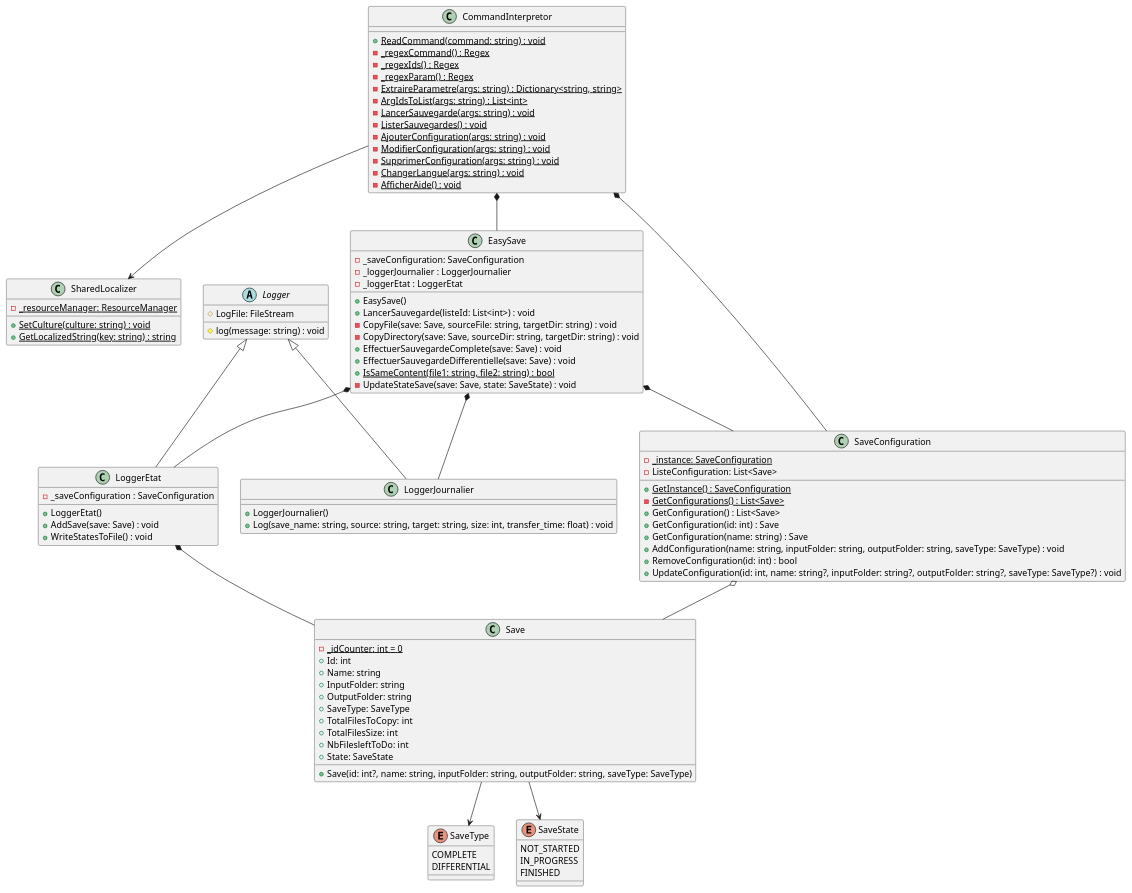
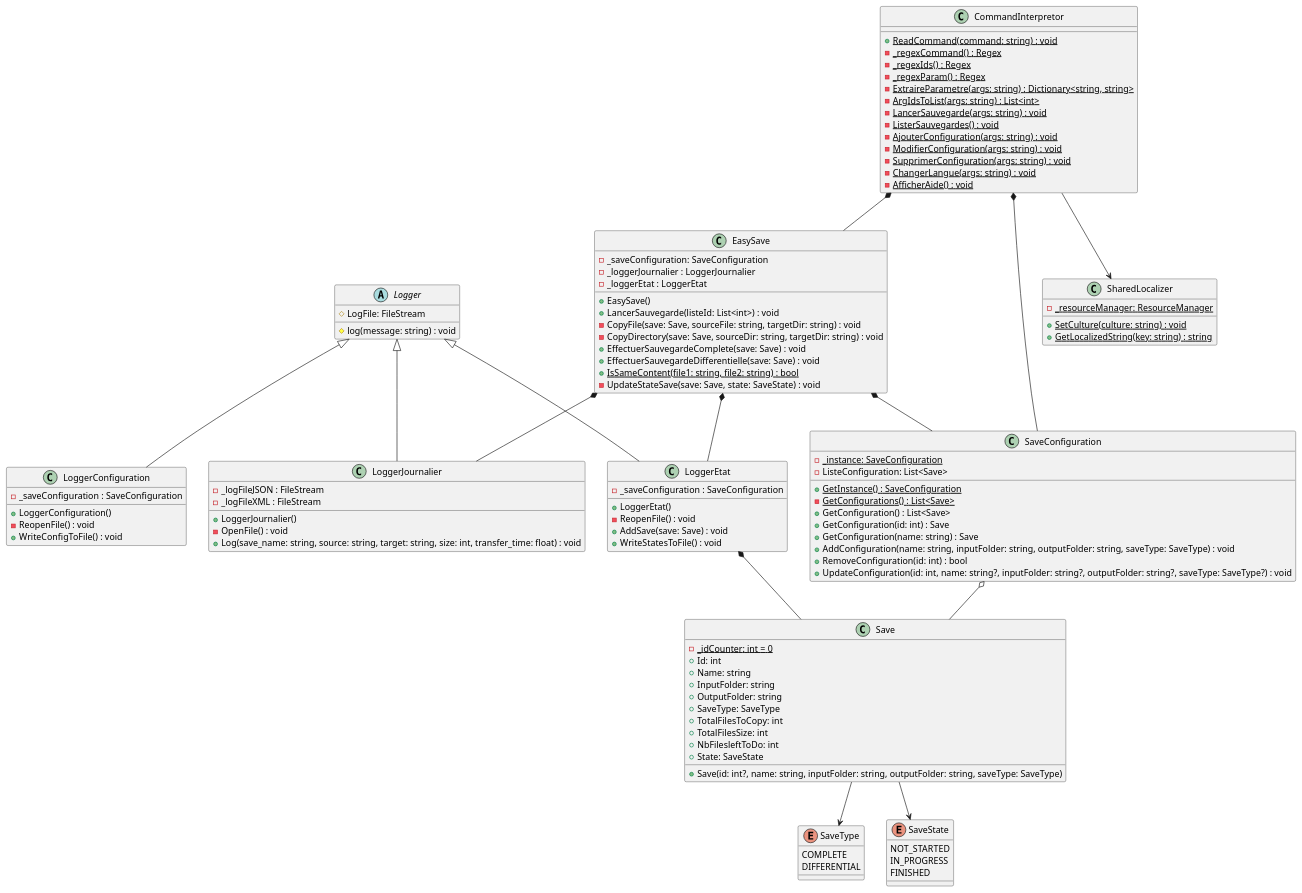
One commit to Melvin-Menanteau/EasySave changed the diagram in UML/ClassDiagram.plantuml. Above: the diagram before and after it, drawn with PlantUML. The commit also changed 4 other files, not shown here.

Commit message:
feat (Logger): Enregistrement des logs au format JSON et XML

```diff
--- a/UML/ClassDiagram.plantuml
+++ b/UML/ClassDiagram.plantuml
@@ -1,105 +1,117 @@
 @startuml Diagramme de classe
 abstract class Logger {
     #LogFile: FileStream
     #log(message: string) : void
 }
 
 Logger <|-- LoggerJournalier
 class LoggerJournalier {
+	-_logFileJSON : FileStream
+	-_logFileXML : FileStream
     +LoggerJournalier()
+	-OpenFile() : void
     +Log(save_name: string, source: string, target: string, size: int, transfer_time: float) : void
 }
 
 Logger <|-- LoggerEtat
 LoggerEtat *-- Save
 class LoggerEtat {
     -_saveConfiguration : SaveConfiguration
     +LoggerEtat()
+	-ReopenFile() : void
     +AddSave(save: Save) : void
     +WriteStatesToFile() : void
+}
+
+Logger <|-- LoggerConfiguration 
+class LoggerConfiguration {
+	-_saveConfiguration : SaveConfiguration
+	+LoggerConfiguration()
+	-ReopenFile() : void
+	+WriteConfigToFile() : void
 }
 
 EasySave *-- SaveConfiguration
 EasySave *-- LoggerJournalier
 EasySave *-- LoggerEtat
 class EasySave {
     -_saveConfiguration: SaveConfiguration
 	-_loggerJournalier : LoggerJournalier
 	-_loggerEtat : LoggerEtat
     +EasySave()
     +LancerSauvegarde(listeId: List<int>) : void
 	-CopyFile(save: Save, sourceFile: string, targetDir: string) : void
     -CopyDirectory(save: Save, sourceDir: string, targetDir: string) : void
     +EffectuerSauvegardeComplete(save: Save) : void
     +EffectuerSauvegardeDifferentielle(save: Save) : void
     {static}+IsSameContent(file1: string, file2: string) : bool
 	-UpdateStateSave(save: Save, state: SaveState) : void
 }
 
 SaveConfiguration o-- Save
 class SaveConfiguration {
 	{static}-_instance: SaveConfiguration
 	-ListeConfiguration: List<Save>
 	{static}+GetInstance() : SaveConfiguration
 	{static}-GetConfigurations() : List<Save>
 	+GetConfiguration() : List<Save>
 	+GetConfiguration(id: int) : Save
 	+GetConfiguration(name: string) : Save
 	+AddConfiguration(name: string, inputFolder: string, outputFolder: string, saveType: SaveType) : void
 	+RemoveConfiguration(id: int) : bool
 	+UpdateConfiguration(id: int, name: string?, inputFolder: string?, outputFolder: string?, saveType: SaveType?) : void
 }
 
 enum SaveType {
   COMPLETE
   DIFFERENTIAL
 }
 
 enum SaveState {
   NOT_STARTED
   IN_PROGRESS
   FINISHED
 }
 
 Save --> SaveType
 Save --> SaveState
 class Save {
 	{static}-_idCounter: int = 0
 	+Id: int
 	+Name: string
 	+InputFolder: string
 	+OutputFolder: string
 	+SaveType: SaveType
 	+TotalFilesToCopy: int
 	+TotalFilesSize: int
 	+NbFilesleftToDo: int
 	+State: SaveState
 	+Save(id: int?, name: string, inputFolder: string, outputFolder: string, saveType: SaveType)
 
 }
 
 class SharedLocalizer {
 	{static}-_resourceManager: ResourceManager
 	{static}+SetCulture(culture: string) : void
 	{static}+GetLocalizedString(key: string) : string
 }
 
 CommandInterpretor --> SharedLocalizer
 CommandInterpretor *-- SaveConfiguration
 CommandInterpretor *-- EasySave
 class CommandInterpretor {
 	{static}+ReadCommand(command: string) : void
 	{static}-_regexCommand() : Regex
 	{static}-_regexIds() : Regex
 	{static}-_regexParam() : Regex
 	{static}-ExtraireParametre(args: string) : Dictionary<string, string>
 	{static}-ArgIdsToList(args: string) : List<int>
 	{static}-LancerSauvegarde(args: string) : void
 	{static}-ListerSauvegardes() : void
 	{static}-AjouterConfiguration(args: string) : void
 	{static}-ModifierConfiguration(args: string) : void
 	{static}-SupprimerConfiguration(args: string) : void
 	{static}-ChangerLangue(args: string) : void
 	{static}-AfficherAide() : void
 }
 @enduml
```
